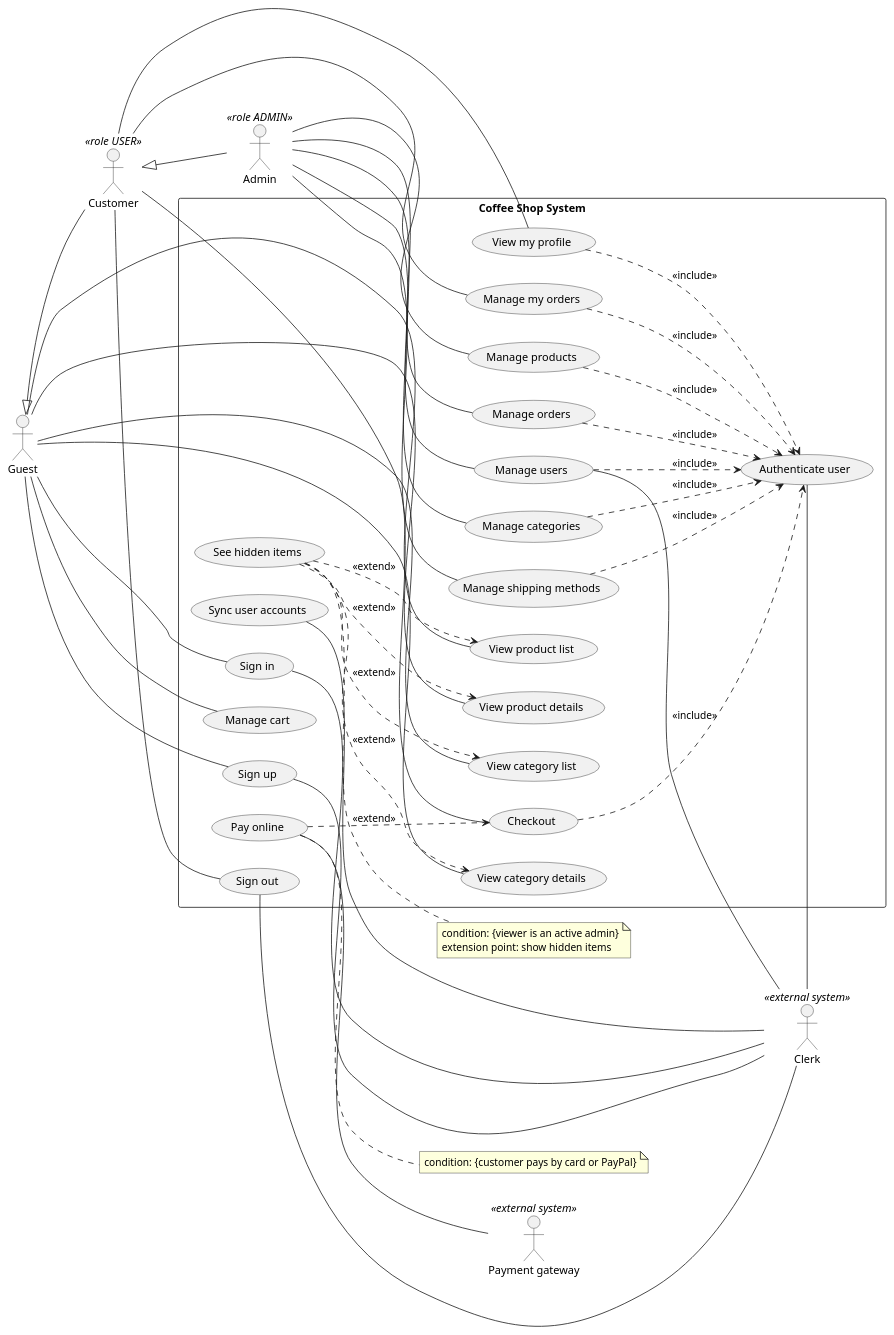
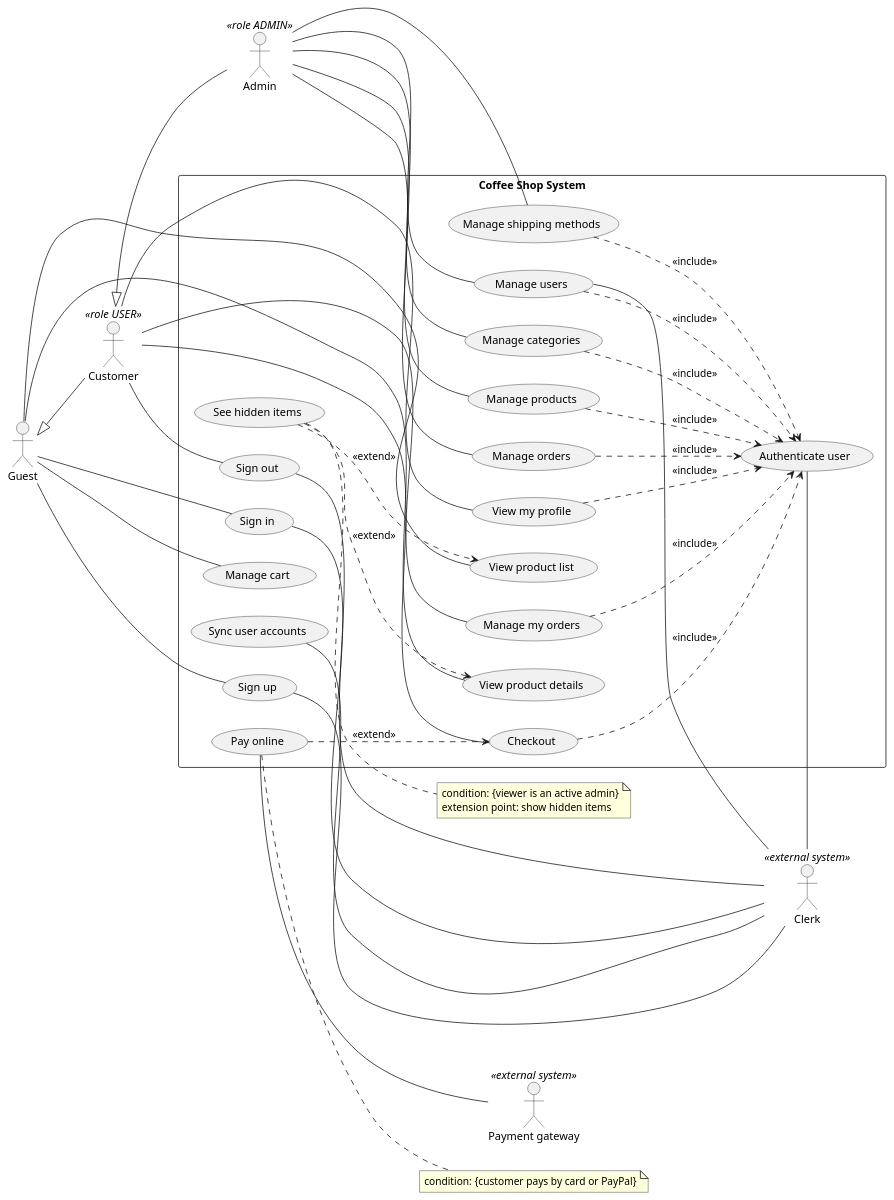
The first of 7 diagrams in docs/uml/use-case-diagram.puml (tiennguyen-agilityio/nestjs-training), drawn with PlantUML before and after one commit. The commit also changed other lines of this file, not shown here.

Commit message:
docs: add shipping module to the UML use case diagram

```diff
--- a/docs/uml/use-case-diagram.puml
+++ b/docs/uml/use-case-diagram.puml
@@ -2,80 +2,74 @@
 @startuml use-case-general
 left to right direction
 actor Guest
 actor Customer <<role USER>>
 actor Admin <<role ADMIN>>
 actor Clerk <<external system>>
 actor "Payment gateway" as Gateway <<external system>>
 Guest <|-- Customer
 Customer <|-- Admin
 
 rectangle "Coffee Shop System" {
   usecase "View product list" as BP
   usecase "View product details" as VP
-  usecase "View category list" as BC
-  usecase "View category details" as VC
   usecase "See hidden items" as Hidden
   usecase "Manage cart" as Cart
   usecase "Sign up" as SignUp
   usecase "Sign in" as SignIn
   usecase "Sign out" as SignOut
   usecase "View my profile" as Me
   usecase "Manage my orders" as MyO
   usecase "Checkout" as Chk
   usecase "Pay online" as Pay
   usecase "Manage users" as MngU
   usecase "Manage categories" as MngC
   usecase "Manage products" as MngP
   usecase "Manage orders" as MngO
   usecase "Manage shipping methods" as MngS
   usecase "Authenticate user" as Auth
   usecase "Sync user accounts" as Sync
 }
 
 Guest -- BP
 Guest -- VP
-Guest -- BC
-Guest -- VC
 Guest -- Cart
 Guest -- SignUp
 Guest -- SignIn
 Customer -- SignOut
 Customer -- Me
 Customer -- MyO
 Customer -- Chk
 Admin -- MngU
 Admin -- MngC
 Admin -- MngP
 Admin -- MngO
 Admin -- MngS
 SignUp -- Clerk
 SignIn -- Clerk
 SignOut -- Clerk
 MngU -- Clerk
 Auth -- Clerk
 Clerk -- Sync
 Pay -- Gateway
 
 Me ..> Auth : <<include>>
 MyO ..> Auth : <<include>>
 Chk ..> Auth : <<include>>
 MngU ..> Auth : <<include>>
 MngC ..> Auth : <<include>>
 MngP ..> Auth : <<include>>
 MngO ..> Auth : <<include>>
 MngS ..> Auth : <<include>>
 
 Hidden ..> BP : <<extend>>
 Hidden ..> VP : <<extend>>
-Hidden ..> BC : <<extend>>
-Hidden ..> VC : <<extend>>
 note right of Hidden
   condition: {viewer is an active admin}
   extension point: show hidden items
 end note
 
 Pay ..> Chk : <<extend>>
 note right of Pay
   condition: {customer pays by card or PayPal}
 end note
 @enduml
```
